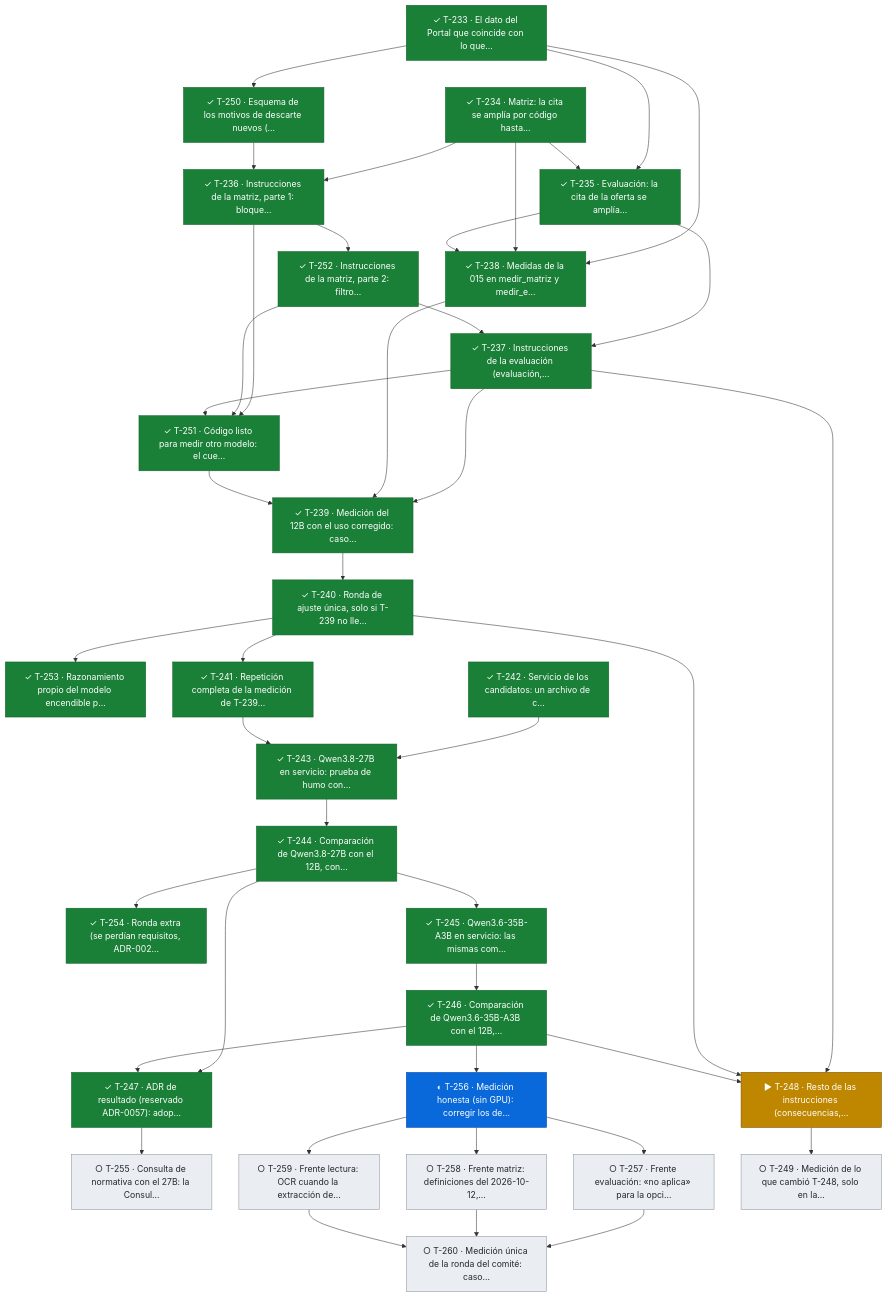
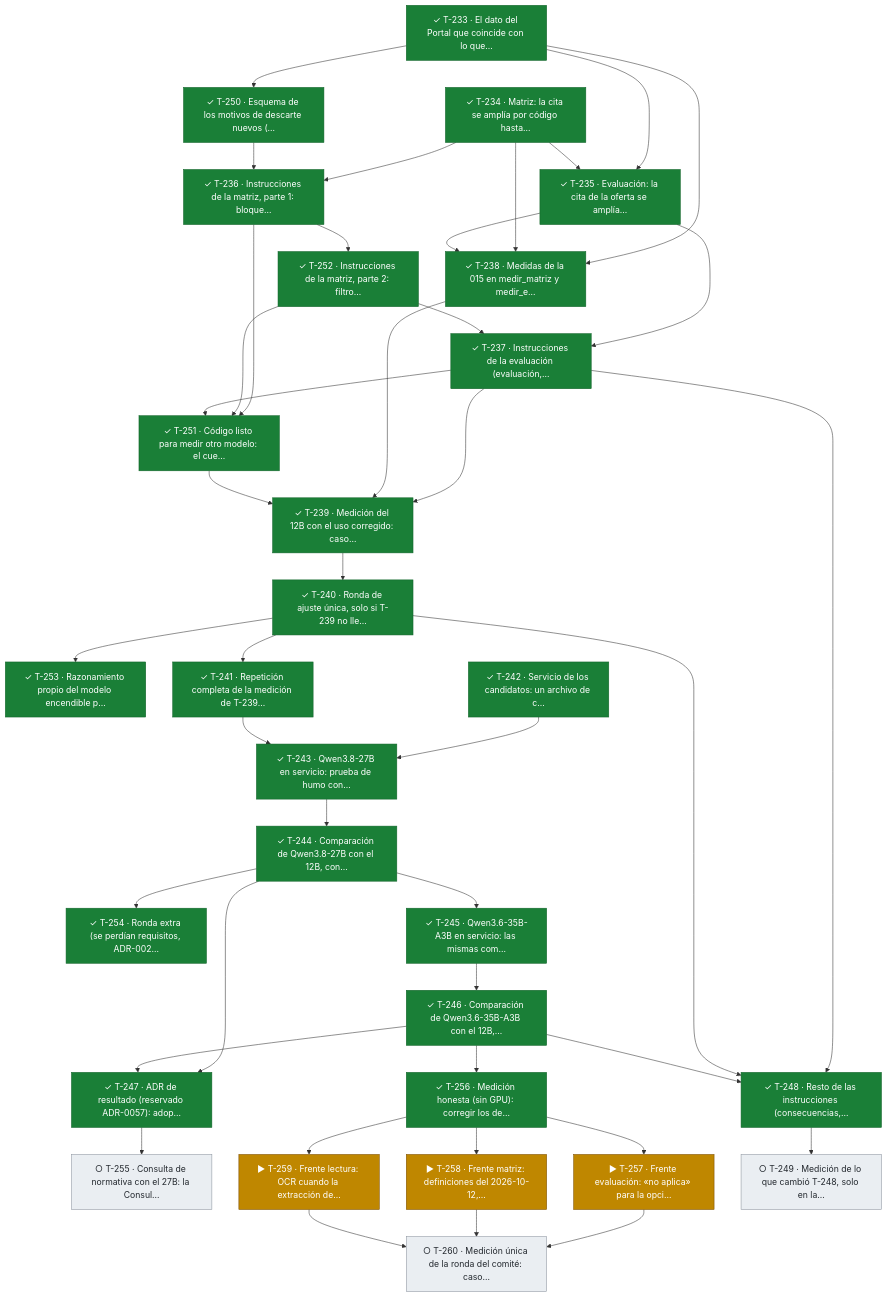
One commit to snavello/EVALUON changed diagram 17 of 17 in docs/tablero.md. Above: the diagram before and after it, drawn with Mermaid. The commit also changed other lines of this file and 2 other files, not shown here.

Commit message:
gestión: integra T-256 y T-248 (verificadas), registra el despliegue del 27B en 8000 y pone en curso T-257 a T-259

````diff
--- a/docs/tablero.md
+++ b/docs/tablero.md
@@ -1328,76 +1328,76 @@
 ```mermaid
 flowchart TD
   T233["✓ T-233 · El dato del Portal que coincide con lo que…"]:::done
   T234["✓ T-234 · Matriz: la cita se amplía por código hasta…"]:::done
   T250["✓ T-250 · Esquema de los motivos de descarte nuevos (…"]:::done
   T235["✓ T-235 · Evaluación: la cita de la oferta se amplía…"]:::done
   T236["✓ T-236 · Instrucciones de la matriz, parte 1: bloque…"]:::done
   T252["✓ T-252 · Instrucciones de la matriz, parte 2: filtro…"]:::done
   T253["✓ T-253 · Razonamiento propio del modelo encendible p…"]:::done
   T254["✓ T-254 · Ronda extra (se perdían requisitos, ADR-002…"]:::done
   T255["○ T-255 · Consulta de normativa con el 27B: la Consul…"]:::todo
-  T256["◐ T-256 · Medición honesta (sin GPU): corregir los de…"]:::review
-  T257["○ T-257 · Frente evaluación: «no aplica» para la opci…"]:::todo
-  T258["○ T-258 · Frente matriz: definiciones del 2026-10-12,…"]:::todo
-  T259["○ T-259 · Frente lectura: OCR cuando la extracción de…"]:::todo
+  T256["✓ T-256 · Medición honesta (sin GPU): corregir los de…"]:::done
+  T257["▶ T-257 · Frente evaluación: «no aplica» para la opci…"]:::active
+  T258["▶ T-258 · Frente matriz: definiciones del 2026-10-12,…"]:::active
+  T259["▶ T-259 · Frente lectura: OCR cuando la extracción de…"]:::active
   T260["○ T-260 · Medición única de la ronda del comité: caso…"]:::todo
   T237["✓ T-237 · Instrucciones de la evaluación (evaluación,…"]:::done
   T251["✓ T-251 · Código listo para medir otro modelo: el cue…"]:::done
   T238["✓ T-238 · Medidas de la 015 en medir_matriz y medir_e…"]:::done
   T239["✓ T-239 · Medición del 12B con el uso corregido: caso…"]:::done
   T240["✓ T-240 · Ronda de ajuste única, solo si T-239 no lle…"]:::done
   T241["✓ T-241 · Repetición completa de la medición de T-239…"]:::done
   T242["✓ T-242 · Servicio de los candidatos: un archivo de c…"]:::done
   T243["✓ T-243 · Qwen3.8-27B en servicio: prueba de humo con…"]:::done
   T244["✓ T-244 · Comparación de Qwen3.8-27B con el 12B, con…"]:::done
   T245["✓ T-245 · Qwen3.6-35B-A3B en servicio: las mismas com…"]:::done
   T246["✓ T-246 · Comparación de Qwen3.6-35B-A3B con el 12B,…"]:::done
   T247["✓ T-247 · ADR de resultado (reservado ADR-0057): adop…"]:::done
-  T248["▶ T-248 · Resto de las instrucciones (consecuencias,…"]:::active
+  T248["✓ T-248 · Resto de las instrucciones (consecuencias,…"]:::done
   T249["○ T-249 · Medición de lo que cambió T-248, solo en la…"]:::todo
   T233 --> T250
   T233 --> T235
   T234 --> T235
   T234 --> T236
   T250 --> T236
   T236 --> T252
   T240 --> T253
   T244 --> T254
   T247 --> T255
   T246 --> T256
   T256 --> T257
   T256 --> T258
   T256 --> T259
   T257 --> T260
   T258 --> T260
   T259 --> T260
   T235 --> T237
   T252 --> T237
   T236 --> T251
   T252 --> T251
   T237 --> T251
   T233 --> T238
   T234 --> T238
   T235 --> T238
   T237 --> T239
   T238 --> T239
   T251 --> T239
   T239 --> T240
   T240 --> T241
   T242 --> T243
   T241 --> T243
   T243 --> T244
   T244 --> T245
   T245 --> T246
   T244 --> T247
   T246 --> T247
   T237 --> T248
   T240 --> T248
   T246 --> T248
   T248 --> T249
   classDef done fill:#1a7f37,stroke:#116329,color:#ffffff
   classDef review fill:#0969da,stroke:#0550ae,color:#ffffff
   classDef active fill:#bf8700,stroke:#7d4e00,color:#ffffff
   classDef blocked fill:#cf222e,stroke:#a40e26,color:#ffffff
   classDef todo fill:#eaeef2,stroke:#8c959f,color:#24292f
 ```
````
